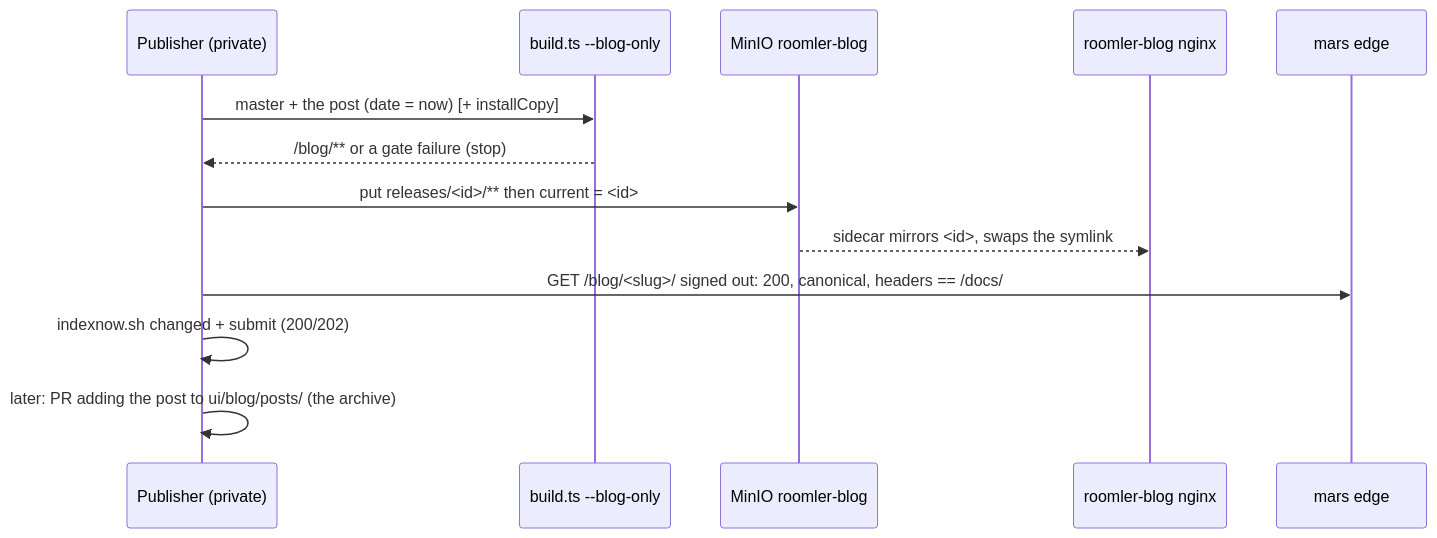
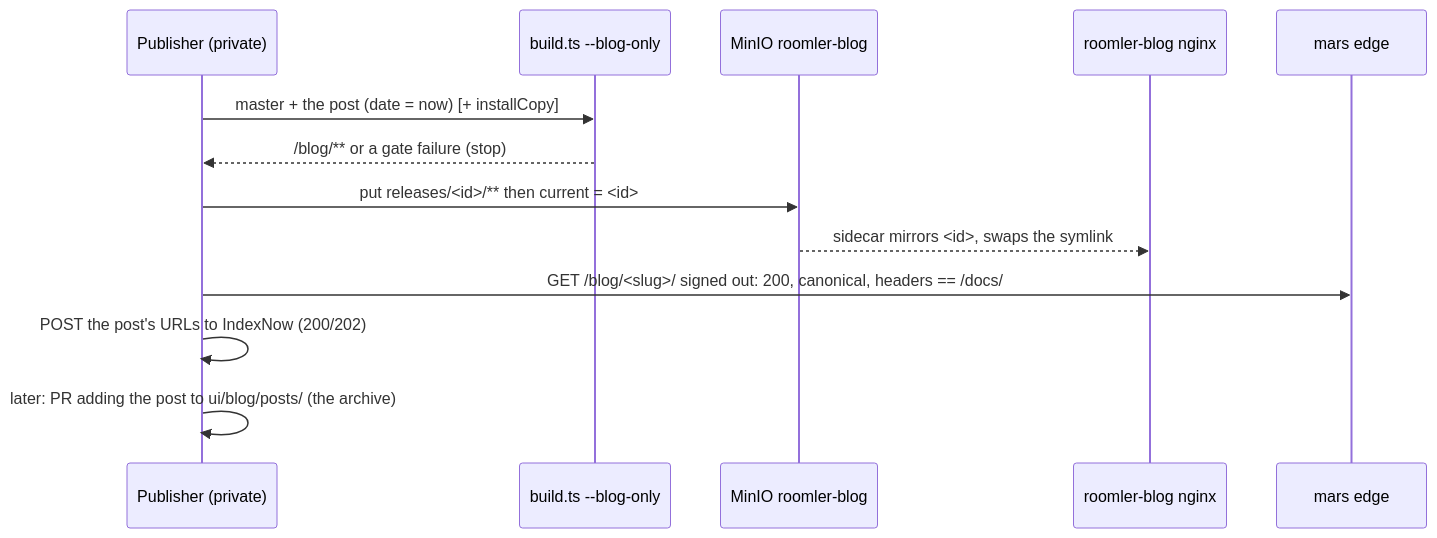
One commit to gjovanov/roomler-ai changed the diagram in docs/fr/FR-91-scheduled-blog-publishing.md. Above: the diagram before and after it, drawn with Mermaid. The commit also changed other lines of this file and 1 other file, not shown here.

First line of the commit message:
docs(fr-91): the 2026-11-01 field read — AC2 met, AC4's served half met, IndexNow's answer located

````diff
--- a/docs/fr/FR-91-scheduled-blog-publishing.md
+++ b/docs/fr/FR-91-scheduled-blog-publishing.md
@@ -120,15 +120,15 @@
 ```mermaid
 sequenceDiagram
     participant P as Publisher (private)
     participant B as build.ts --blog-only
     participant M as MinIO roomler-blog
     participant N as roomler-blog nginx
     participant E as mars edge
     P->>B: master + the post (date = now) [+ installCopy]
     B-->>P: /blog/** or a gate failure (stop)
     P->>M: put releases/<id>/** then current = <id>
     M-->>N: sidecar mirrors <id>, swaps the symlink
     P->>E: GET /blog/<slug>/ signed out: 200, canonical, headers == /docs/
-    P->>P: indexnow.sh changed + submit (200/202)
+    P->>P: POST the post's URLs to IndexNow (200/202)
     P->>P: later: PR adding the post to ui/blog/posts/ (the archive)
 ```
````
